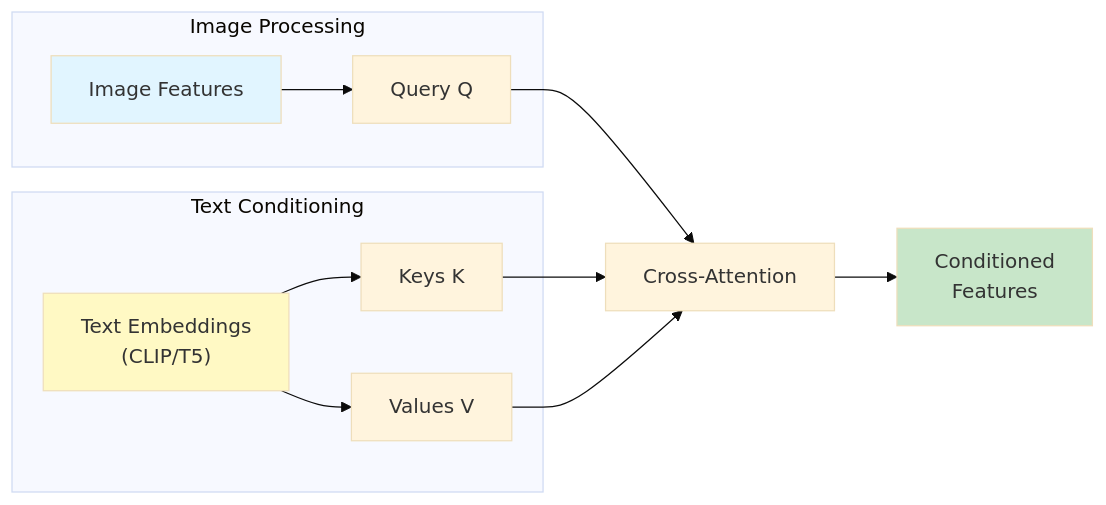
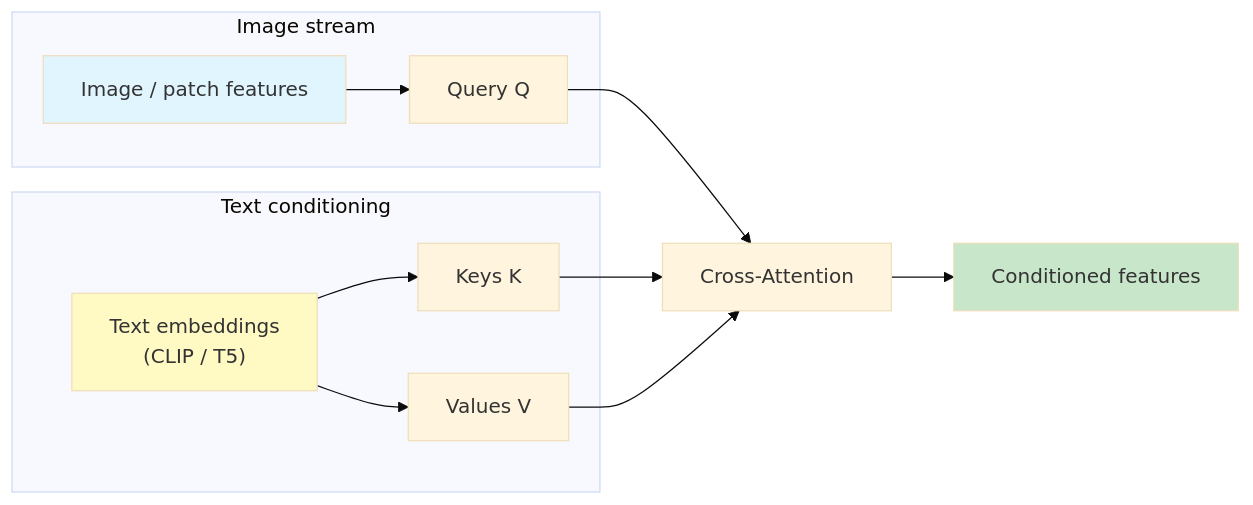
The sixth of 11 diagrams in docs/user-guide/concepts/diffusion-explained.md (avitai/artifex), drawn with Mermaid (base theme) before and after one commit. The commit also changed other lines of this file and 16 other files, not shown here.

````diff
--- a/docs/user-guide/concepts/diffusion-explained.md
+++ b/docs/user-guide/concepts/diffusion-explained.md
@@ -368,20 +659,20 @@
 ```mermaid
 graph LR
-    subgraph "Image Processing"
-        A["Image Features"] --> B["Query Q"]
+    subgraph "Image stream"
+        A["Image / patch features"] --> B["Query Q"]
     end
 
-    subgraph "Text Conditioning"
-        C["Text Embeddings<br/>(CLIP/T5)"] --> D["Keys K"]
+    subgraph "Text conditioning"
+        C["Text embeddings<br/>(CLIP / T5)"] --> D["Keys K"]
         C --> E["Values V"]
     end
 
     B --> F["Cross-Attention"]
     D --> F
     E --> F
-    F --> G["Conditioned<br/>Features"]
+    F --> G["Conditioned features"]
 
     style A fill:#e1f5ff
     style C fill:#fff9c4
     style G fill:#c8e6c9
 ```
````
